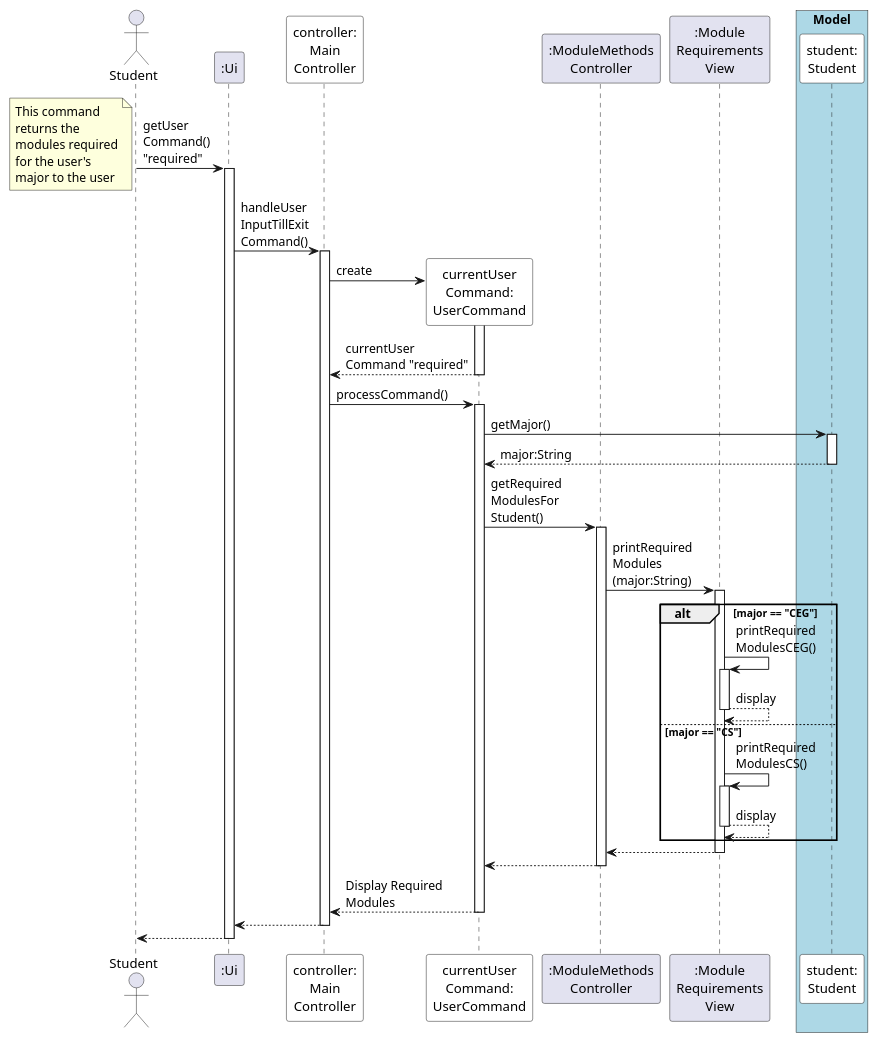
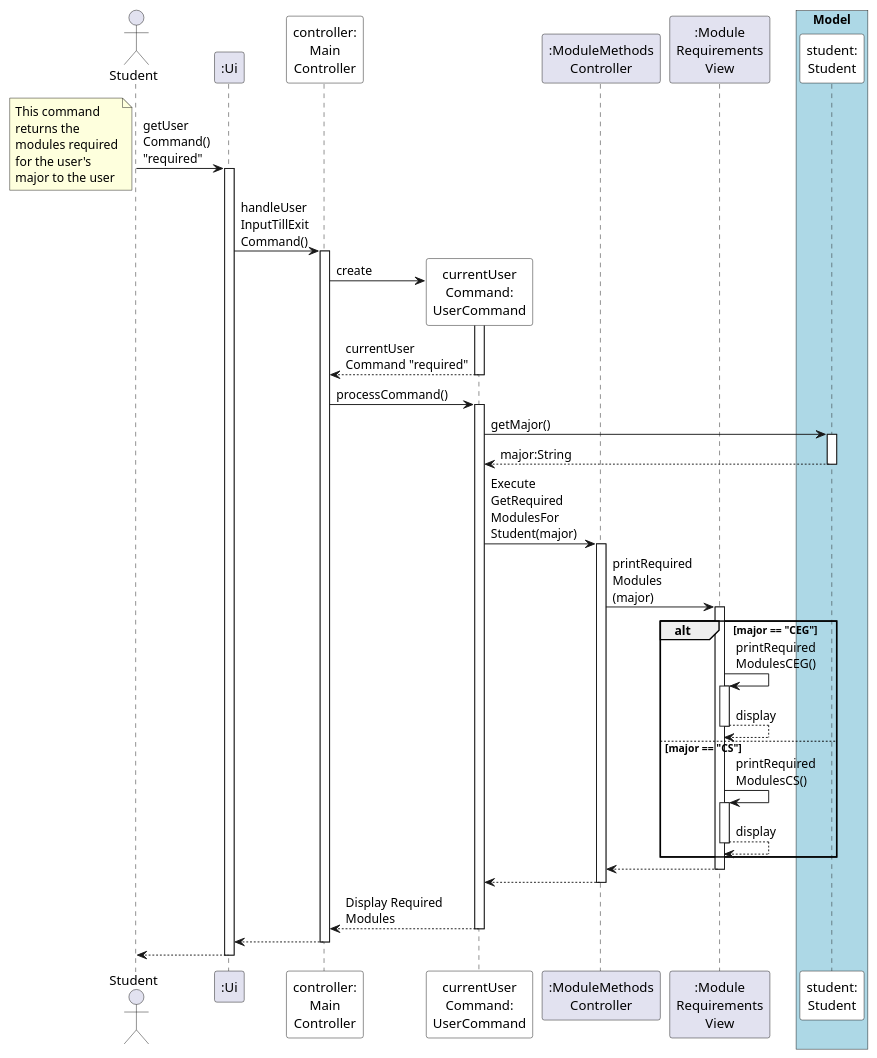
Before and after one commit to ryanlohyr/NUSDegs: the diagram in docs/diagrams/RequiredFeature.puml, drawn with PlantUML. The commit also changed 5 other files, not shown here.

```diff
--- a/docs/diagrams/RequiredFeature.puml
+++ b/docs/diagrams/RequiredFeature.puml
@@ -1,62 +1,62 @@
 @startuml
 'https://plantuml.com/sequence-diagram
 
 'autonumber
 autoactivate on
 
 actor Student
 
 participant ":Ui" as UI
 
 Student -> UI: getUser\nCommand() \n"required"
 note bottom
 This command
 returns the
 modules required
 for the user's
 major to the user
 end note
 
 participant "controller:\nMain\nController" as MC #white
 
 UI -> MC: handleUser\nInputTillExit\nCommand()
 
 participant "currentUser\nCommand:\nUserCommand" as UC #white
 
 
 
 MC -> UC **: create
 activate UC
 UC --> MC: currentUser\nCommand "required"
 
 MC -> UC: processCommand()
 
 participant ":ModuleMethods\nController" as MMC
 participant ":Module\nRequirements\nView" as MRV
 
 box "Model" #LightBlue
 participant "student:\nStudent" as S #white
 end box
 
 
 UC -> S: getMajor()
 S --> UC: major:String
 
-UC -> MMC: getRequired\nModulesFor\nStudent()
-MMC -> MRV: printRequired\nModules\n(major:String)
+UC -> MMC: Execute\nGetRequired\nModulesFor\nStudent(major)
+MMC -> MRV: printRequired\nModules\n(major)
 alt major == "CEG"
     MRV -> MRV: printRequired\nModulesCEG()
     MRV --> MRV: display
 else major == "CS"
     MRV -> MRV: printRequired\nModulesCS()
     MRV --> MRV: display
 end
 MRV --> MMC
 MMC --> UC
 
 
 UC --> MC: Display Required \nModules
 MC --> UI
 UI --> Student
 
 @enduml
```
